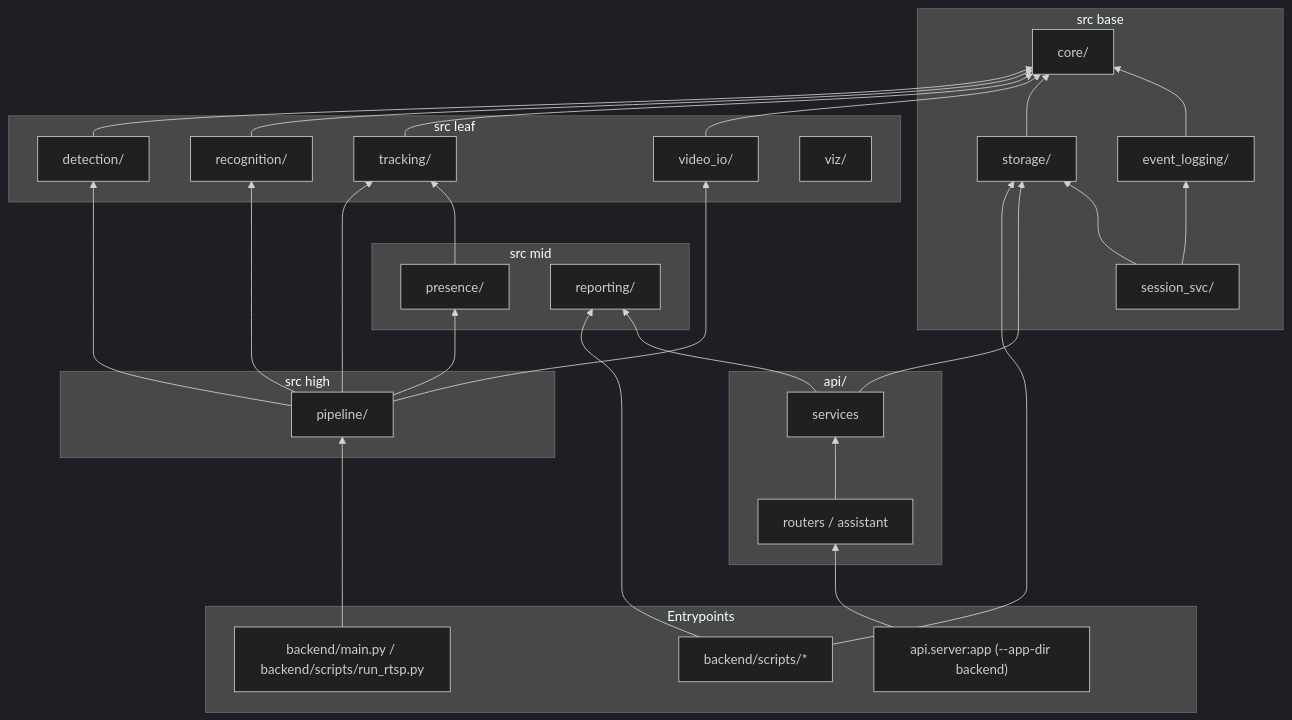
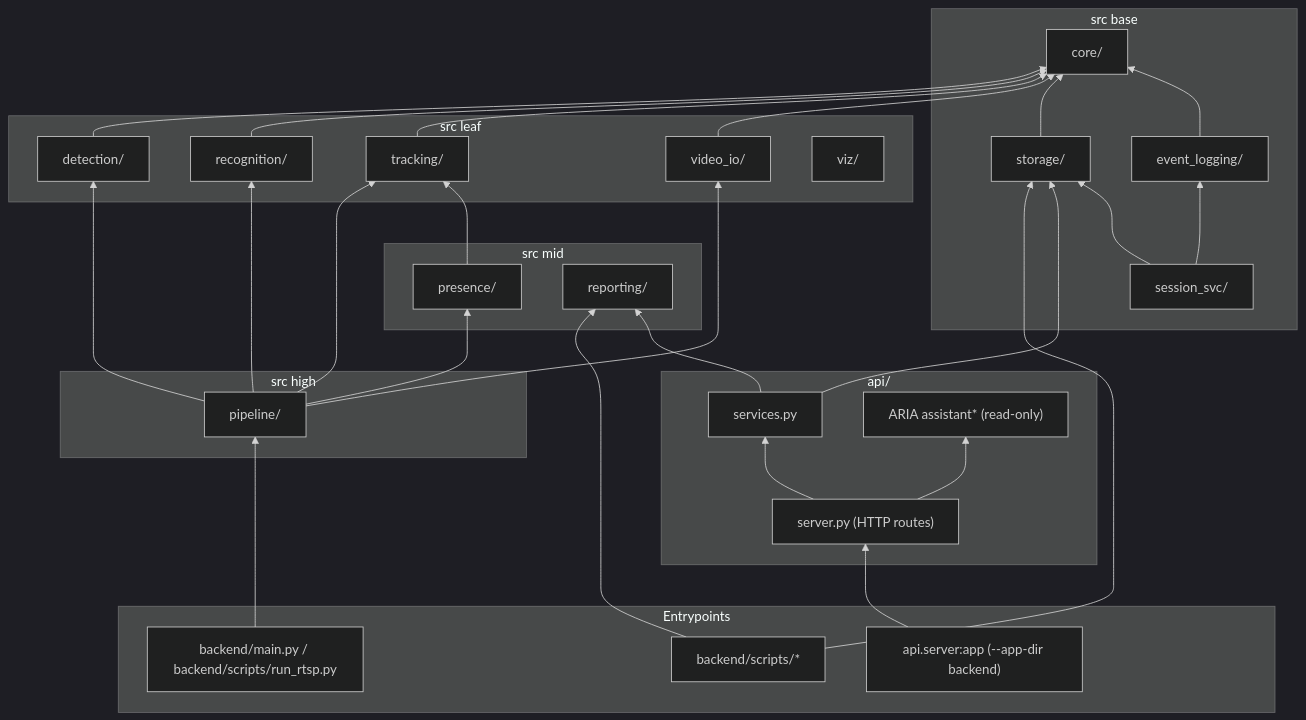
Before and after one commit to Akash-2615/VYRON: the first of 3 diagrams in docs/ARCHITECTURE.md, drawn with Mermaid (dark theme). The commit also changed other lines of this file and 68 other files, not shown here.

````diff
--- a/docs/ARCHITECTURE.md
+++ b/docs/ARCHITECTURE.md
@@ -8,53 +10,55 @@
 ```mermaid
 flowchart BT
   subgraph entry["Entrypoints"]
     main["backend/main.py / backend/scripts/run_rtsp.py"]
     scripts["backend/scripts/*"]
     api_entry["api.server:app (--app-dir backend)"]
   end
   subgraph api_layer["api/"]
-    routers["routers / assistant"]
-    services["services"]
+    server["server.py (HTTP routes)"]
+    services["services.py"]
+    assistant["ARIA assistant* (read-only)"]
   end
   subgraph high["src high"]
     pipeline["pipeline/"]
   end
   subgraph mid["src mid"]
     presence["presence/"]
     reporting["reporting/"]
   end
   subgraph leaf["src leaf"]
     detection["detection/"]
     recognition["recognition/"]
     tracking["tracking/"]
     video_io["video_io/"]
     viz["viz/"]
   end
   subgraph base["src base"]
     core["core/"]
     storage["storage/"]
     event_logging["event_logging/"]
     session_svc["session_svc/"]
   end
   main --> pipeline
   scripts --> reporting
   scripts --> storage
-  api_entry --> routers
-  routers --> services
+  api_entry --> server
+  server --> services
+  server --> assistant
   services --> storage
   services --> reporting
   pipeline --> presence
   pipeline --> detection
   pipeline --> recognition
   pipeline --> tracking
   pipeline --> video_io
   presence --> tracking
   detection --> core
   recognition --> core
   tracking --> core
   video_io --> core
   storage --> core
   event_logging --> core
   session_svc --> storage
   session_svc --> event_logging
 ```
````
